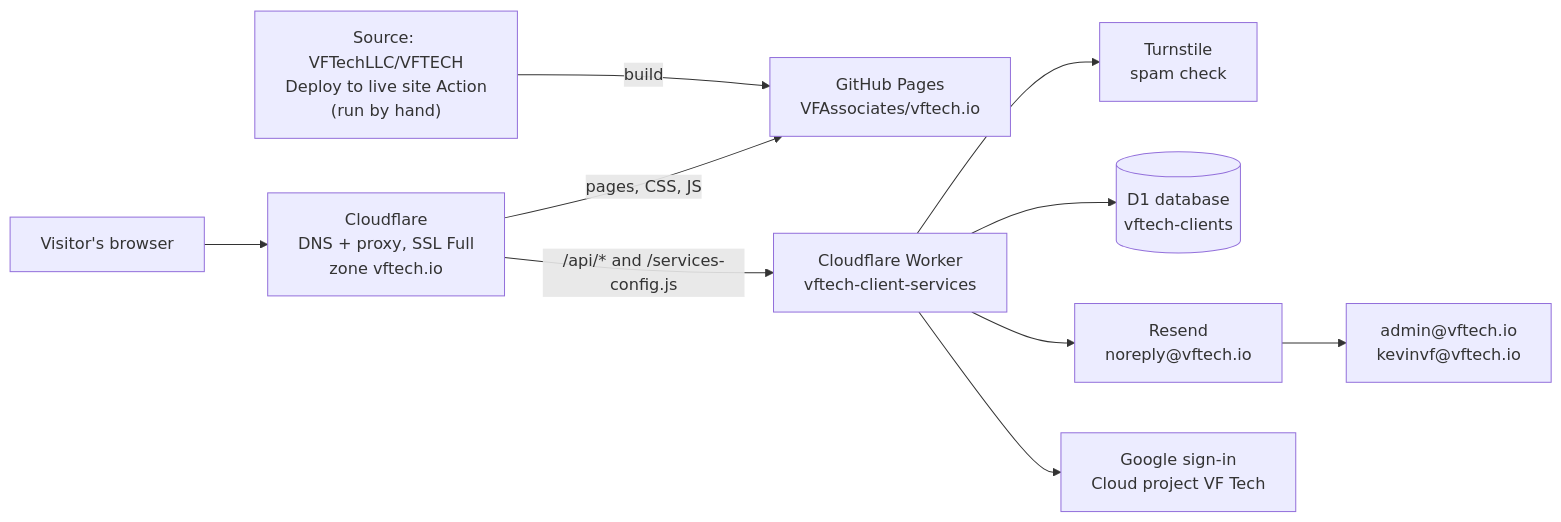
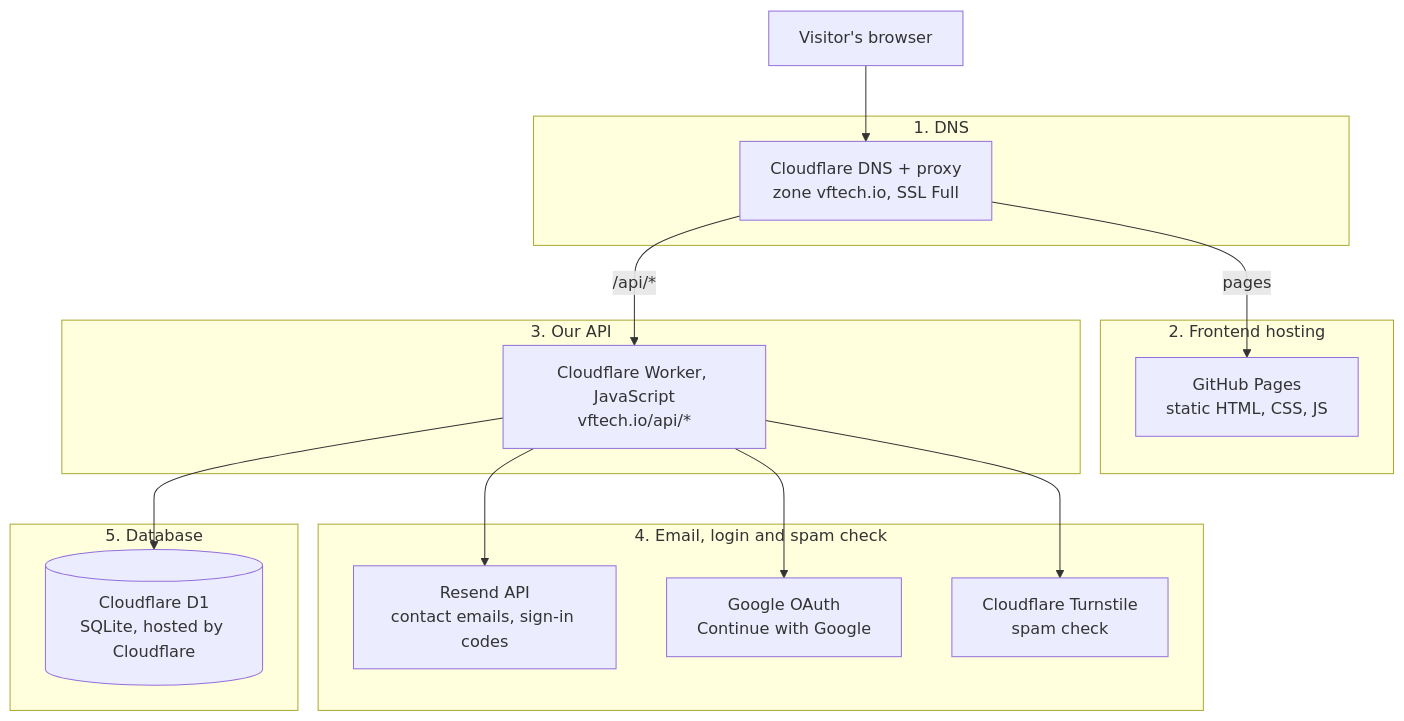
One commit to VFTechLLC/VFTECH changed the diagram in docs/ARCHITECTURE.md. Above: the diagram before and after it, drawn with Mermaid. The commit also changed other lines of this file, not shown here.

Commit message:
Architecture doc: layered tech stack (DNS, hosting, API, email/login, database)

````diff
--- a/docs/ARCHITECTURE.md
+++ b/docs/ARCHITECTURE.md
@@ -9,12 +11,28 @@
 ```mermaid
-flowchart LR
-  V["Visitor's browser"] --> CF["Cloudflare<br/>DNS + proxy, SSL Full<br/>zone vftech.io"]
-  CF -- "pages, CSS, JS" --> GP["GitHub Pages<br/>VFAssociates/vftech.io"]
-  CF -- "/api/* and /services-config.js" --> W["Cloudflare Worker<br/>vftech-client-services"]
-  SRC["Source: VFTechLLC/VFTECH<br/>Deploy to live site Action<br/>(run by hand)"] -- build --> GP
-  W --> TS["Turnstile<br/>spam check"]
-  W --> D1[("D1 database<br/>vftech-clients")]
-  W --> RS["Resend<br/>noreply@vftech.io"]
-  W --> GG["Google sign-in<br/>Cloud project VF Tech"]
-  RS --> IN["admin@vftech.io<br/>kevinvf@vftech.io"]
+flowchart TB
+  U["Visitor's browser"]
+  subgraph L1["1. DNS"]
+    DNS["Cloudflare DNS + proxy<br/>zone vftech.io, SSL Full"]
+  end
+  subgraph L2["2. Frontend hosting"]
+    GP["GitHub Pages<br/>static HTML, CSS, JS"]
+  end
+  subgraph L3["3. Our API"]
+    W["Cloudflare Worker, JavaScript<br/>vftech.io/api/*"]
+  end
+  subgraph L4["4. Email, login and spam check"]
+    RS["Resend API<br/>contact emails, sign-in codes"]
+    GO["Google OAuth<br/>Continue with Google"]
+    TS["Cloudflare Turnstile<br/>spam check"]
+  end
+  subgraph L5["5. Database"]
+    D1[("Cloudflare D1<br/>SQLite, hosted by Cloudflare")]
+  end
+  U --> DNS
+  DNS -- "pages" --> GP
+  DNS -- "/api/*" --> W
+  W --> RS
+  W --> GO
+  W --> TS
+  W --> D1
 ```
````
